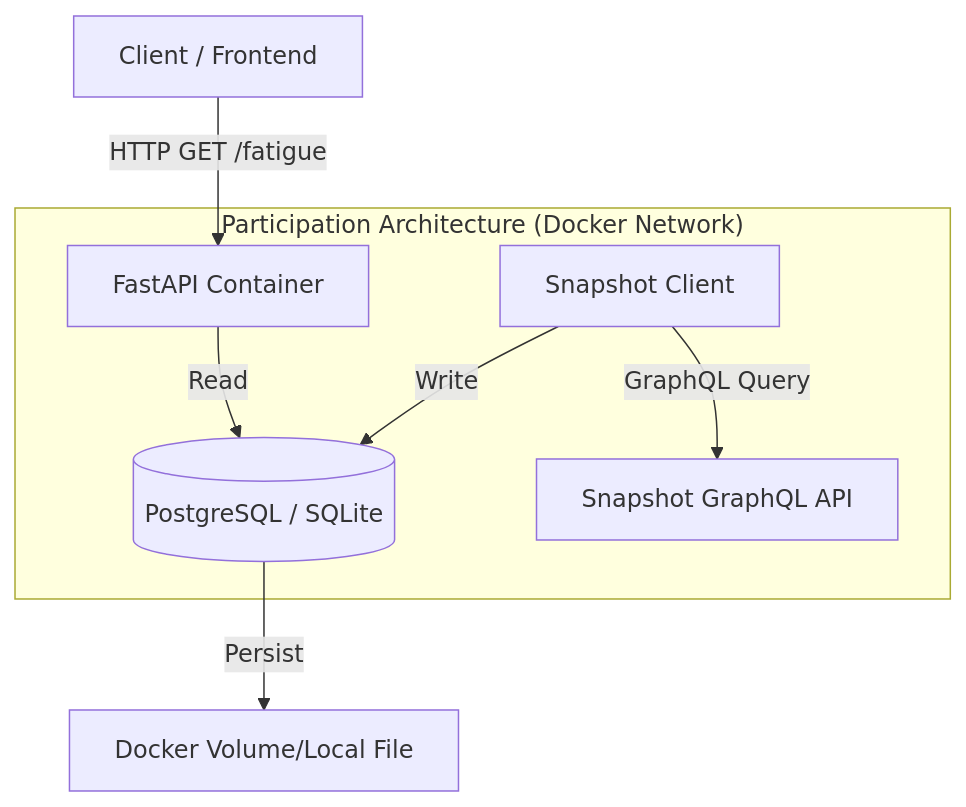
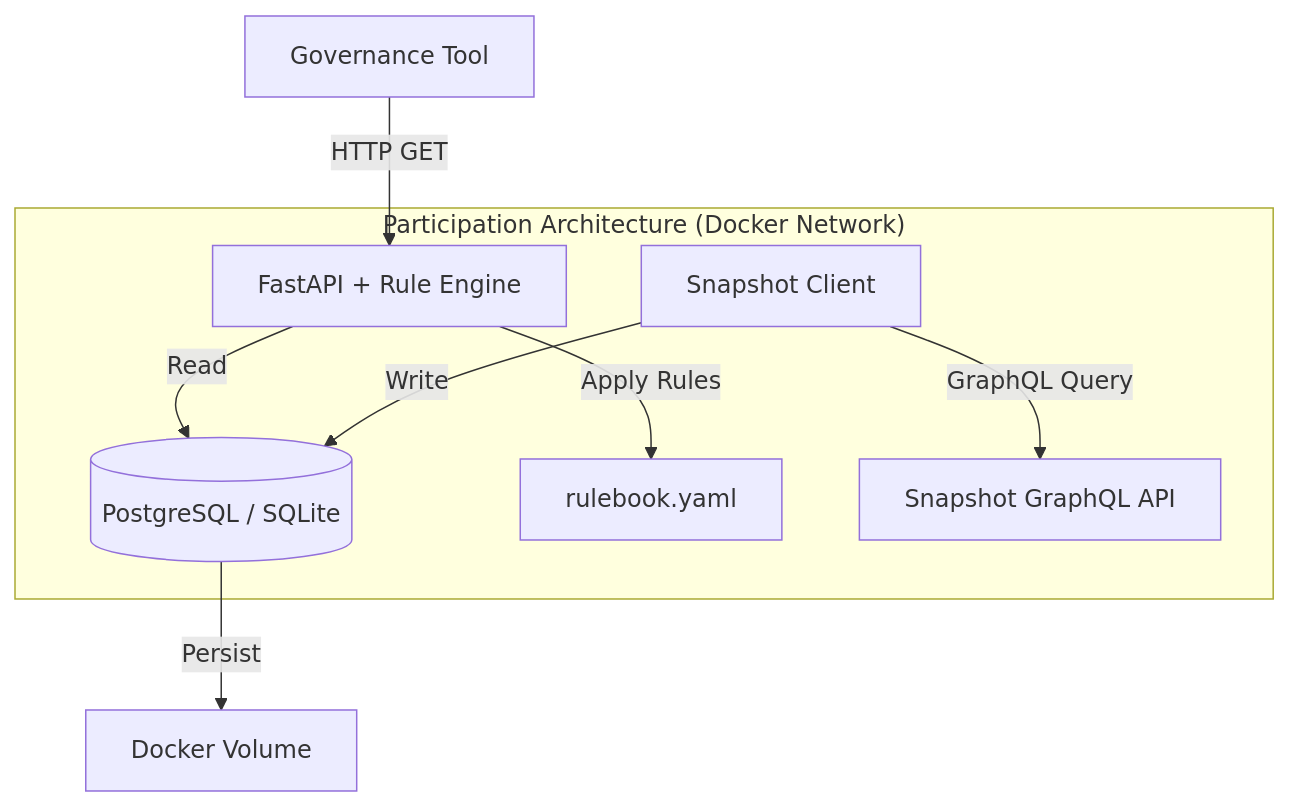
Before and after one commit to pawel-wyszomirski/participation-architecture: the diagram in architecture.md, drawn with Mermaid. The commit also changed other lines of this file, not shown here.

First line of the commit message:
Revise architecture.md for clarity and updates

````diff
--- a/architecture.md
+++ b/architecture.md
@@ -22,12 +20,13 @@
 ```mermaid
 graph TD
-    User[Client / Frontend] -->|HTTP GET /fatigue| API[FastAPI Container]
+    Client[Governance Tool] -->|HTTP GET| API[FastAPI + Rule Engine]
     
     subgraph "Participation Architecture (Docker Network)"
         API -->|Read| DB[(PostgreSQL / SQLite)]
+        API -->|Apply Rules| Rulebook[rulebook.yaml]
         Ingestor[Snapshot Client] -->|Write| DB
         Ingestor -->|GraphQL Query| Snapshot[Snapshot GraphQL API]
     end
     
-    DB -->|Persist| Storage[Docker Volume/Local File]
+    DB -->|Persist| Storage[Docker Volume]
 ```
````
